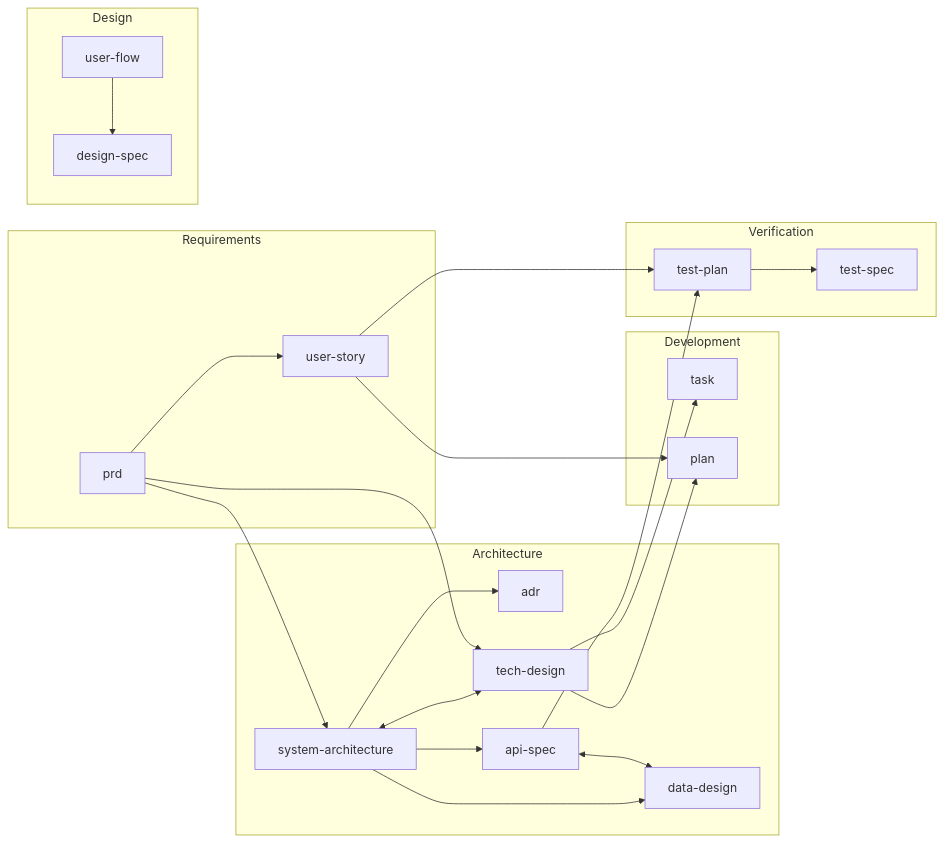
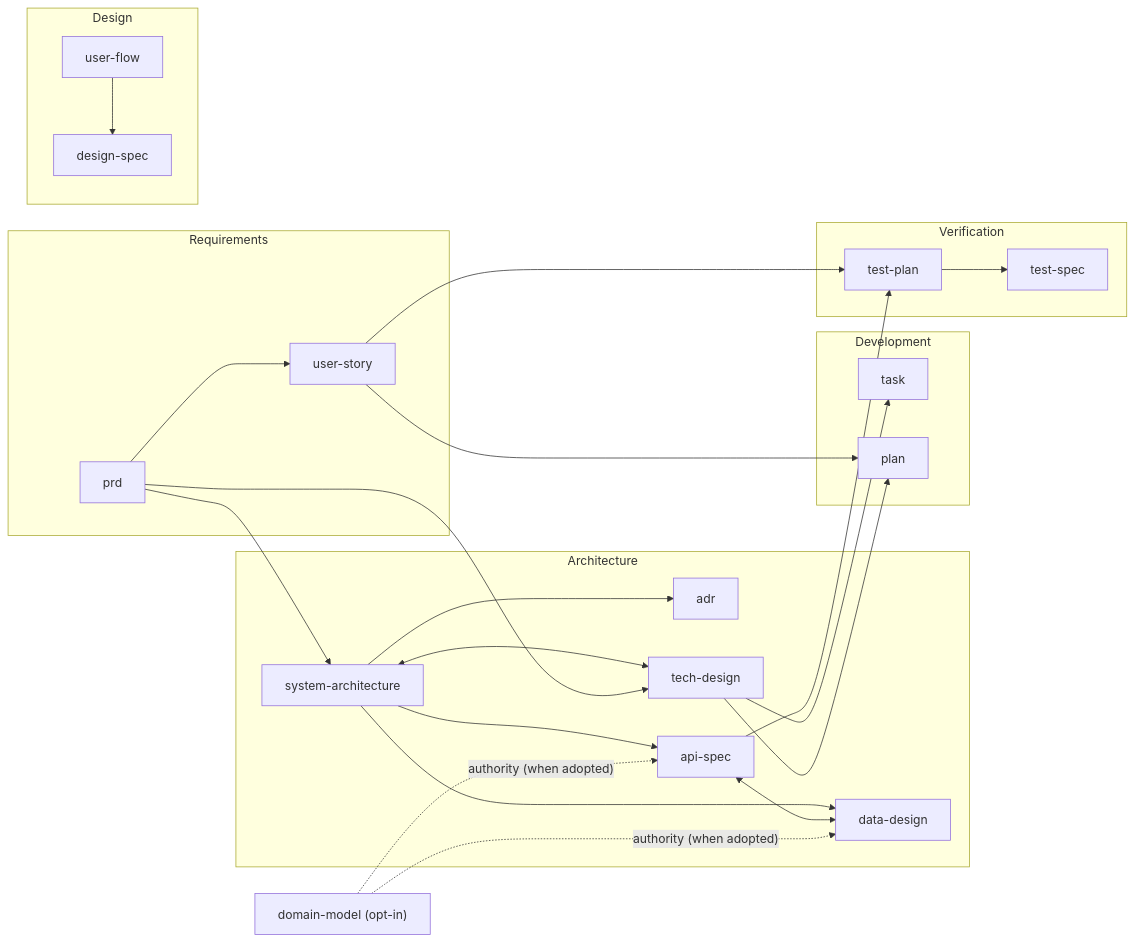
One commit to clitetailor/artifact-driven-development changed the third of 3 diagrams in reference/artifact-dep-graph.md. Above: the diagram before and after it, drawn with Mermaid. The commit also changed other lines of this file and 3 other files, not shown here.

First line of the commit message:
Fix 4 gaps in domain-record implementation

````diff
--- a/reference/artifact-dep-graph.md
+++ b/reference/artifact-dep-graph.md
@@ -96,29 +96,34 @@
 ```mermaid
 graph LR
     subgraph REQ[Requirements]
         ROOT["prd"] --> STORY[user-story]
     end
     subgraph DES[Design]
         UF[user-flow] --> DS[design-spec]
     end
     subgraph ARC[Architecture]
         SA[system-architecture] --> ADR[adr]
         SA --> API[api-spec]
         SA --> DD[data-design]
         API <--> DD
         SA <--> TD[tech-design]
     end
     subgraph DEV[Development]
         TD --> TASK[task]
         TD --> PLAN["plan"]
         STORY --> PLAN
     end
     subgraph VER[Verification]
         TP[test-plan] --> TS[test-spec]
     end
 
     ROOT --> SA
     ROOT --> TD
     STORY --> TP
     API --> TP
+
+    %% Domain-record (opt-in via domain_record:) — conditional edges
+    DM["domain-model (opt-in)"]
+    DM -.->|"authority (when adopted)"| DD
+    DM -.->|"authority (when adopted)"| API
 ```
````
